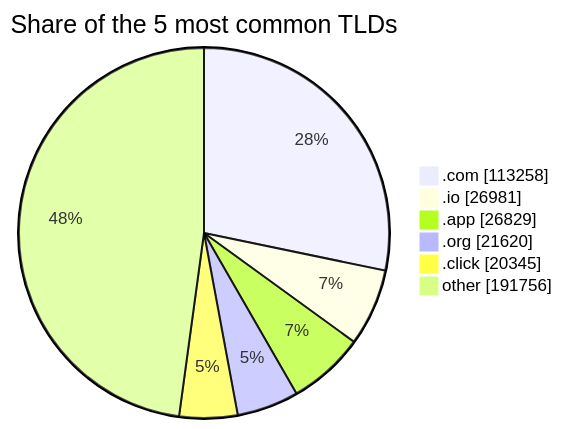
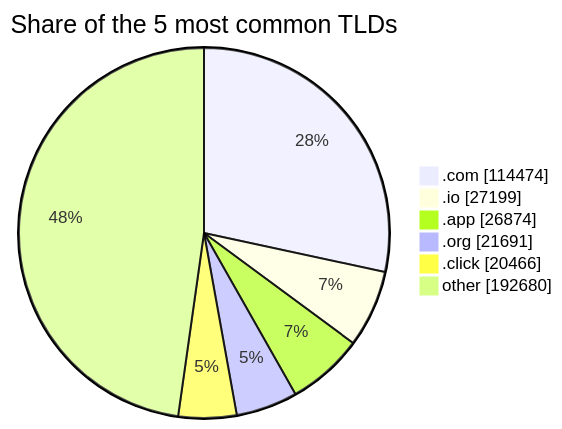
One commit to DNSBunker/CTI changed the third of 3 diagrams in README.md. Above: the diagram before and after it, drawn with Mermaid. The commit also changed other lines of this file and 3 other files, not shown here.

````diff
--- a/README.md
+++ b/README.md
@@ -81,9 +81,9 @@
 ```mermaid
 pie showData title Share of the 5 most common TLDs
-    ".com" : 113258
-    ".io" : 26981
-    ".app" : 26829
-    ".org" : 21620
-    ".click" : 20345
-    "other" : 191756
+    ".com" : 114474
+    ".io" : 27199
+    ".app" : 26874
+    ".org" : 21691
+    ".click" : 20466
+    "other" : 192680
 ```
````
